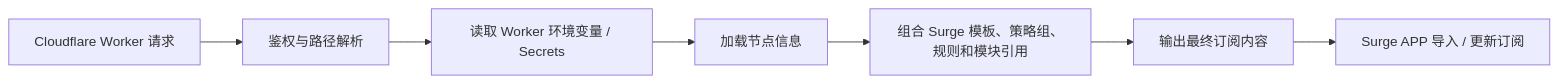
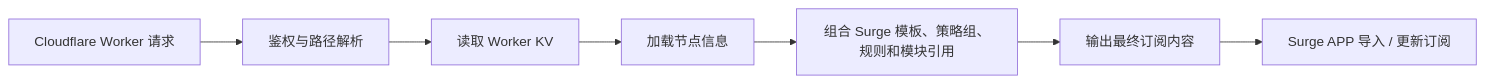
One commit to jarieshan/AtlasRouter changed the diagram in README.md. Above: the diagram before and after it, drawn with Mermaid. The commit also changed other lines of this file and 17 other files, not shown here.

````diff
--- a/README.md
+++ b/README.md
@@ -32,9 +32,9 @@
 ```mermaid
 flowchart LR
   A["Cloudflare Worker 请求"] --> B["鉴权与路径解析"]
-  B --> C["读取 Worker 环境变量 / Secrets"]
+  B --> C["读取 Worker KV"]
   C --> D["加载节点信息"]
   D --> E["组合 Surge 模板、策略组、规则和模块引用"]
   E --> F["输出最终订阅内容"]
   F --> G["Surge APP 导入 / 更新订阅"]
 ```
````
